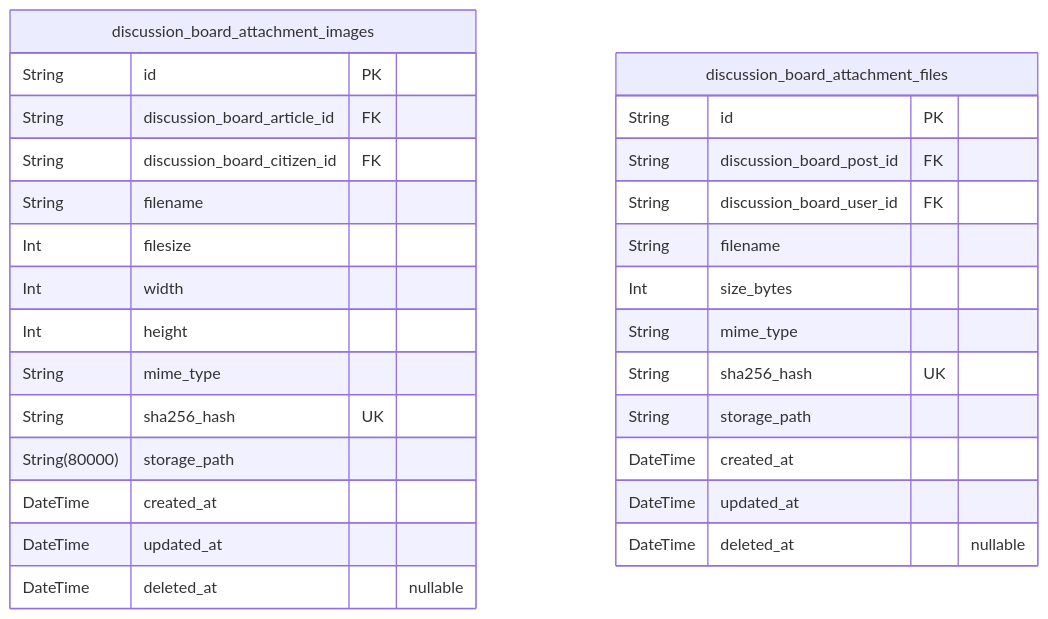
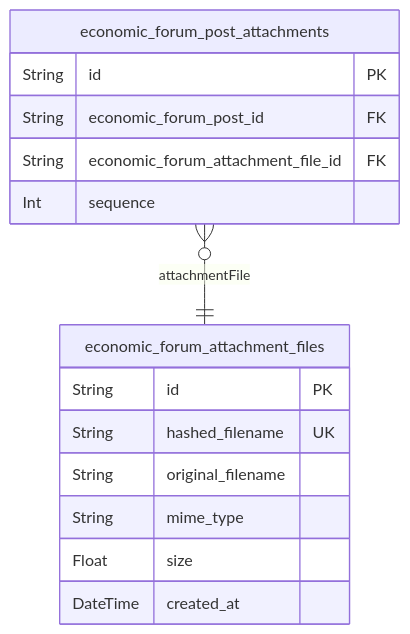
One commit to wrtnlabs/autobe-examples changed the fourth of 4 diagrams in qwen/qwen3-next-80b-a3b-instruct/bbs/docs/ERD.md. Above: the diagram before and after it, drawn with Mermaid. The commit also changed other lines of this file and 4047 other files, not shown here.

````diff
--- a/qwen/qwen3-next-80b-a3b-instruct/bbs/docs/ERD.md
+++ b/qwen/qwen3-next-80b-a3b-instruct/bbs/docs/ERD.md
@@ -1508,31 +865,18 @@
 ```mermaid
 erDiagram
-"discussion_board_attachment_images" {
+"economic_forum_attachment_files" {
   String id PK
-  String discussion_board_article_id FK
-  String discussion_board_citizen_id FK
-  String filename
-  Int filesize
-  Int width
-  Int height
+  String hashed_filename UK
+  String original_filename
   String mime_type
-  String sha256_hash UK
-  String(80000) storage_path
+  Float size
   DateTime created_at
-  DateTime updated_at
-  DateTime deleted_at "nullable"
 }
-"discussion_board_attachment_files" {
+"economic_forum_post_attachments" {
   String id PK
-  String discussion_board_post_id FK
-  String discussion_board_user_id FK
-  String filename
-  Int size_bytes
-  String mime_type
-  String sha256_hash UK
-  String storage_path
-  DateTime created_at
-  DateTime updated_at
-  DateTime deleted_at "nullable"
+  String economic_forum_post_id FK
+  String economic_forum_attachment_file_id FK
+  Int sequence
 }
+"economic_forum_post_attachments" }o--|| "economic_forum_attachment_files" : attachmentFile
 ```
````
